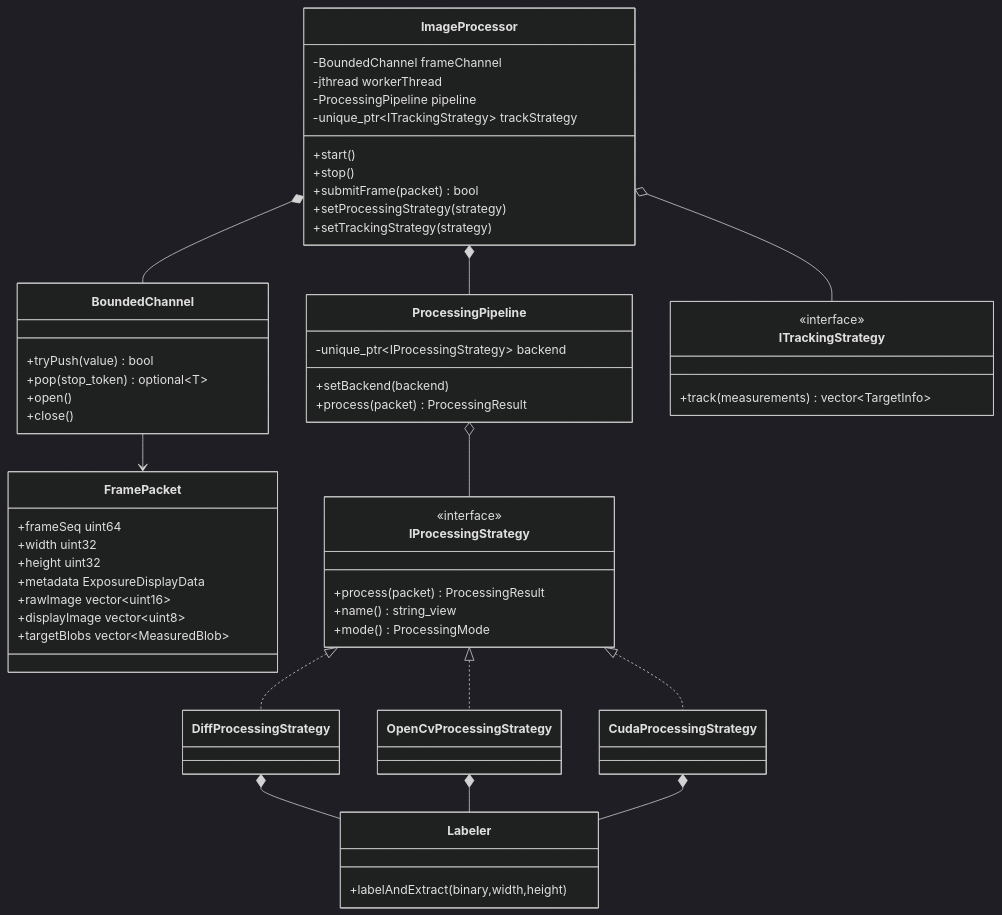
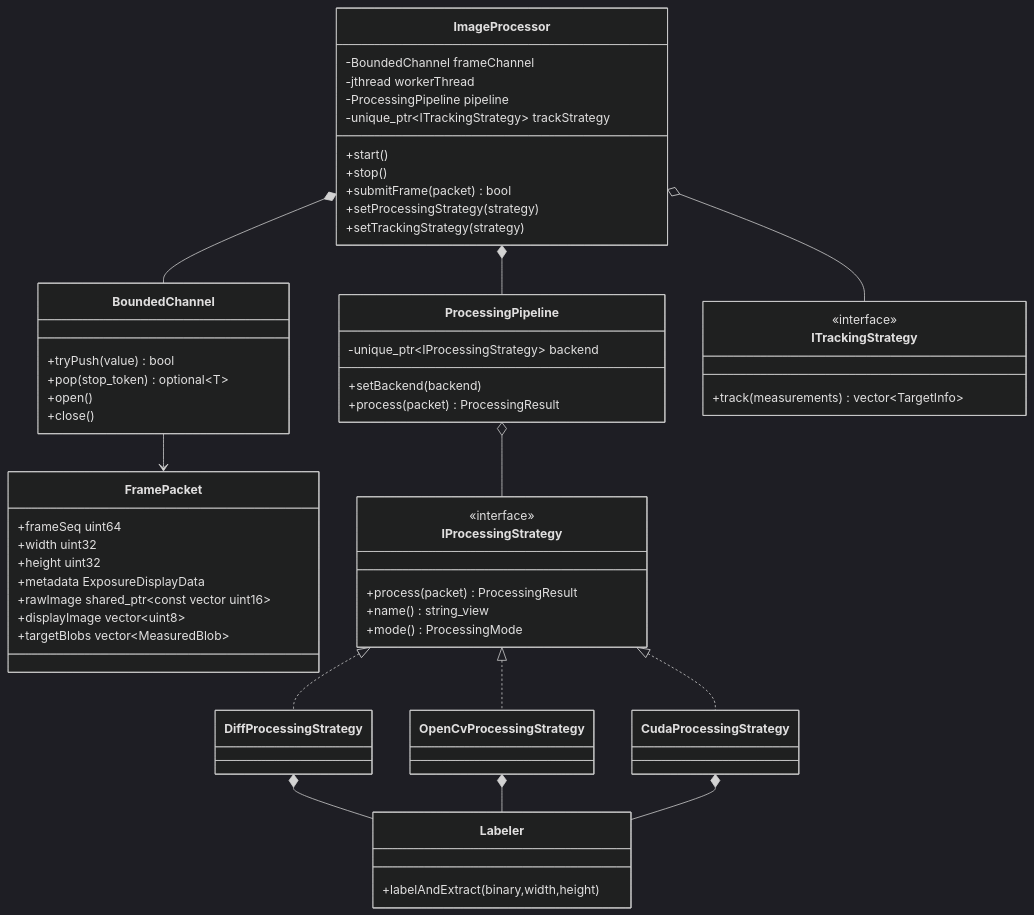
One commit to with-fair-wind/1mZGG changed the second of 5 diagrams in docs/module-processing.md. Above: the diagram before and after it, drawn with Mermaid (dark theme). The commit also changed other lines of this file and 61 other files, not shown here.

````diff
--- a/docs/module-processing.md
+++ b/docs/module-processing.md
@@ -191,62 +191,62 @@
 ```mermaid
 classDiagram
     class FramePacket {
         +frameSeq uint64
         +width uint32
         +height uint32
         +metadata ExposureDisplayData
-        +rawImage vector~uint16~
+        +rawImage shared_ptr~const vector uint16~
         +displayImage vector~uint8~
         +targetBlobs vector~MeasuredBlob~
     }
     class BoundedChannel {
         +tryPush(value) bool
         +pop(stop_token) optional~T~
         +open()
         +close()
     }
     class ImageProcessor {
         -BoundedChannel frameChannel
         -jthread workerThread
         -ProcessingPipeline pipeline
         -unique_ptr~ITrackingStrategy~ trackStrategy
         +start()
         +stop()
         +submitFrame(packet) bool
         +setProcessingStrategy(strategy)
         +setTrackingStrategy(strategy)
     }
     class ProcessingPipeline {
         -unique_ptr~IProcessingStrategy~ backend
         +setBackend(backend)
         +process(packet) ProcessingResult
     }
     class IProcessingStrategy {
         <<interface>>
         +process(packet) ProcessingResult
         +name() string_view
         +mode() ProcessingMode
     }
     class DiffProcessingStrategy
     class OpenCvProcessingStrategy
     class CudaProcessingStrategy
     class Labeler {
         +labelAndExtract(binary,width,height)
     }
     class ITrackingStrategy {
         <<interface>>
         +track(measurements) vector~TargetInfo~
     }
 
     ImageProcessor *-- BoundedChannel
     ImageProcessor *-- ProcessingPipeline
     ProcessingPipeline o-- IProcessingStrategy
     IProcessingStrategy <|.. DiffProcessingStrategy
     IProcessingStrategy <|.. OpenCvProcessingStrategy
     IProcessingStrategy <|.. CudaProcessingStrategy
     DiffProcessingStrategy *-- Labeler
     OpenCvProcessingStrategy *-- Labeler
     CudaProcessingStrategy *-- Labeler
     ImageProcessor o-- ITrackingStrategy
     BoundedChannel --> FramePacket
 ```
````
